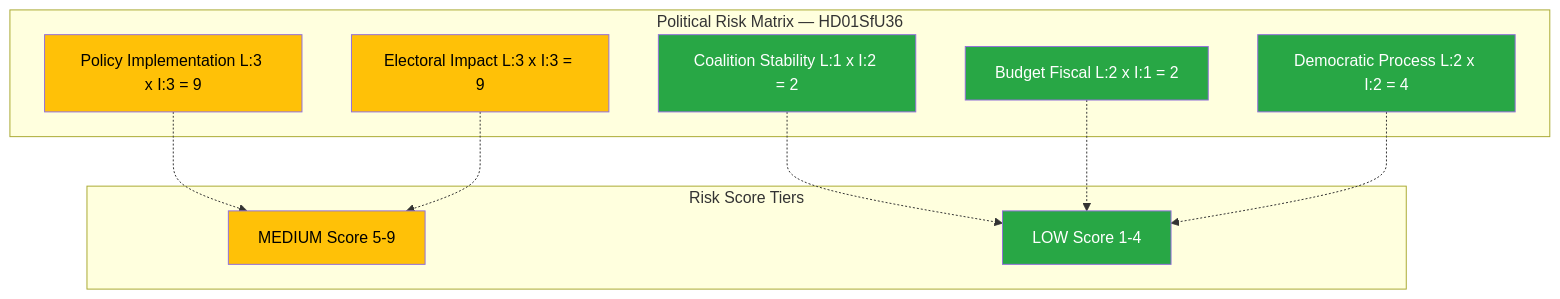
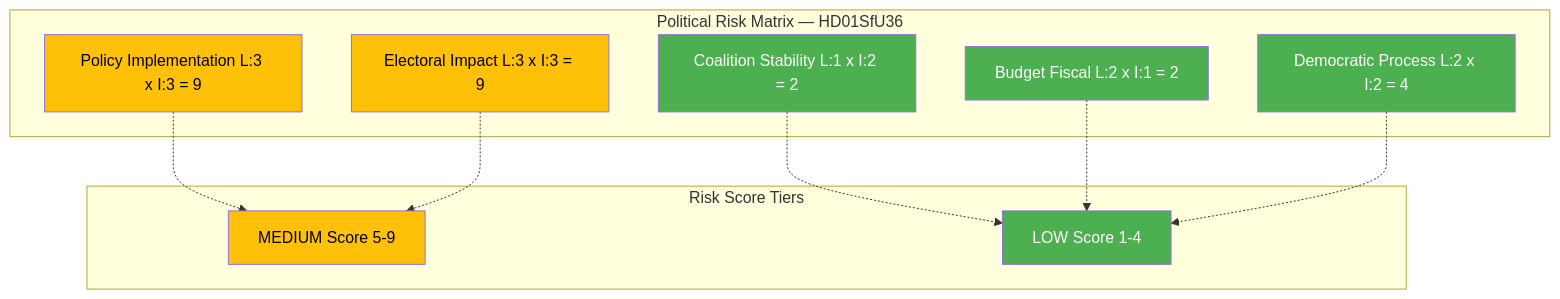
Before and after one commit to Hack23/riksdagsmonitor: the third of 5 diagrams in analysis/daily/2026-04-10/realtime-1424/documents/hd01sfu36-analysis.md, drawn with Mermaid. The commit also changed other lines of this file and 785 other files, not shown here.

First line of the commit message:
Normalize mermaid colors across 786 analysis artifacts to ISMS Style Guide palette

````diff
--- a/analysis/daily/2026-04-10/realtime-1424/documents/hd01sfu36-analysis.md
+++ b/analysis/daily/2026-04-10/realtime-1424/documents/hd01sfu36-analysis.md
@@ -91,26 +91,26 @@
 ```mermaid
 graph TD
     subgraph "Political Risk Matrix — HD01SfU36"
         R1["Coalition Stability L:1 x I:2 = 2"]
         R2["Policy Implementation L:3 x I:3 = 9"]
         R3["Budget Fiscal L:2 x I:1 = 2"]
         R4["Electoral Impact L:3 x I:3 = 9"]
         R5["Democratic Process L:2 x I:2 = 4"]
     end
     subgraph "Risk Score Tiers"
         TM["MEDIUM Score 5-9"]
         TL["LOW Score 1-4"]
     end
     R1 -.-> TL
     R2 -.-> TM
     R3 -.-> TL
     R4 -.-> TM
     R5 -.-> TL
-    style R1 fill:#28a745,color:#fff
-    style R2 fill:#ffc107,color:#000
-    style R3 fill:#28a745,color:#fff
-    style R4 fill:#ffc107,color:#000
-    style R5 fill:#28a745,color:#fff
-    style TM fill:#ffc107,color:#000
-    style TL fill:#28a745,color:#fff
+    style R1 fill:#4CAF50,color:#FFFFFF
+    style R2 fill:#FFC107,color:#000000
+    style R3 fill:#4CAF50,color:#FFFFFF
+    style R4 fill:#FFC107,color:#000000
+    style R5 fill:#4CAF50,color:#FFFFFF
+    style TM fill:#FFC107,color:#000000
+    style TL fill:#4CAF50,color:#FFFFFF
 ```
````
